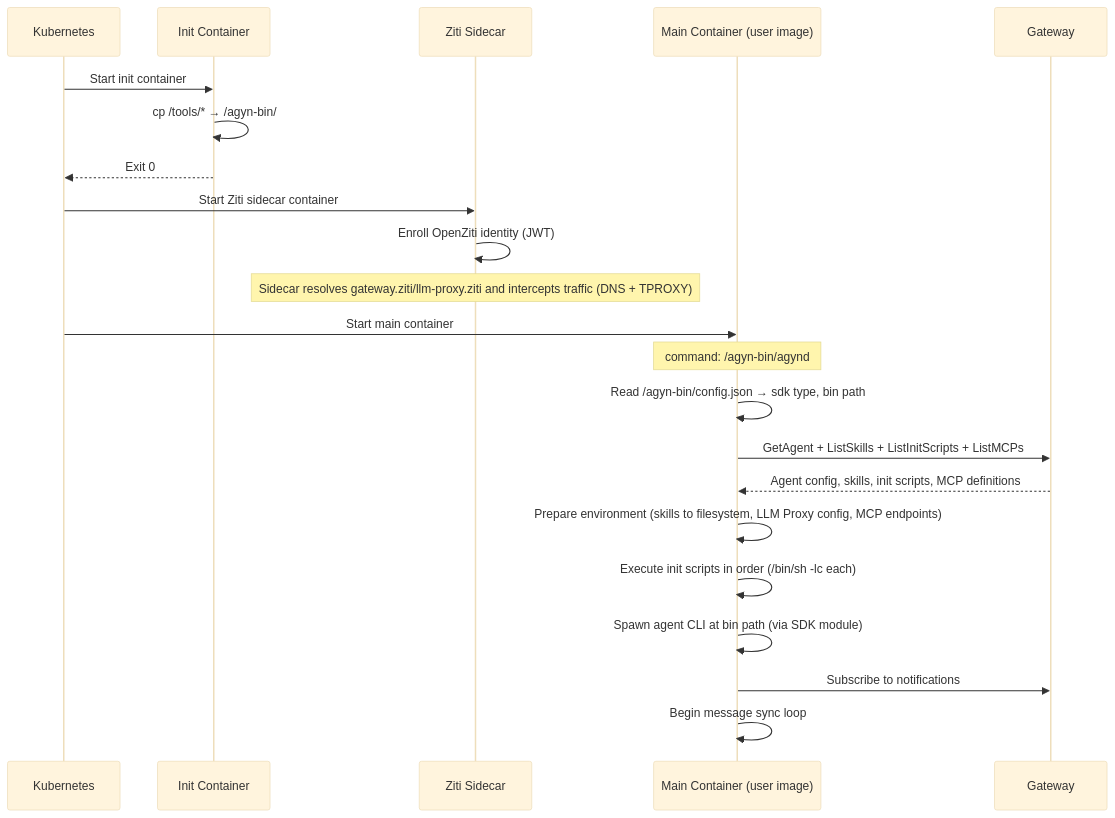
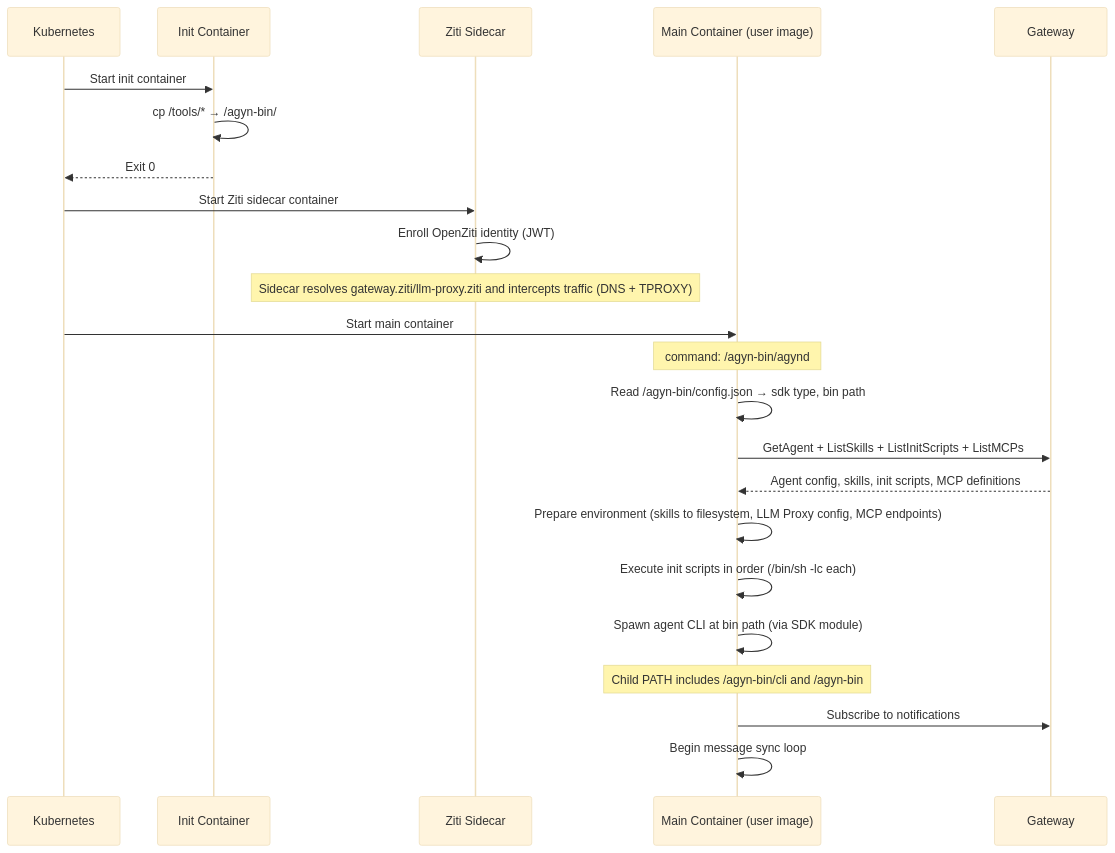
Before and after one commit to agynio/architecture: the second of 2 diagrams in architecture/agent-init.md, drawn with Mermaid (base theme). The commit also changed other lines of this file and 1 other file, not shown here.

Commit message:
docs: include agyn-bin in agent PATH contract

````diff
--- a/architecture/agent-init.md
+++ b/architecture/agent-init.md
@@ -211,28 +211,29 @@
 ```mermaid
 sequenceDiagram
     participant K as Kubernetes
     participant IC as Init Container
     participant ZS as Ziti Sidecar
     participant MC as Main Container (user image)
     participant GW as Gateway
 
     K->>IC: Start init container
     IC->>IC: cp /tools/* → /agyn-bin/
     IC-->>K: Exit 0
 
     K->>ZS: Start Ziti sidecar container
     ZS->>ZS: Enroll OpenZiti identity (JWT)
     Note over ZS: Sidecar resolves gateway.ziti/llm-proxy.ziti and intercepts traffic (DNS + TPROXY)
 
     K->>MC: Start main container
     Note over MC: command: /agyn-bin/agynd
 
     MC->>MC: Read /agyn-bin/config.json → sdk type, bin path
     MC->>GW: GetAgent + ListSkills + ListInitScripts + ListMCPs
     GW-->>MC: Agent config, skills, init scripts, MCP definitions
     MC->>MC: Prepare environment (skills to filesystem, LLM Proxy config, MCP endpoints)
     MC->>MC: Execute init scripts in order (/bin/sh -lc each)
     MC->>MC: Spawn agent CLI at bin path (via SDK module)
+    Note over MC: Child PATH includes /agyn-bin/cli and /agyn-bin
     MC->>GW: Subscribe to notifications
     MC->>MC: Begin message sync loop
 ```
````
